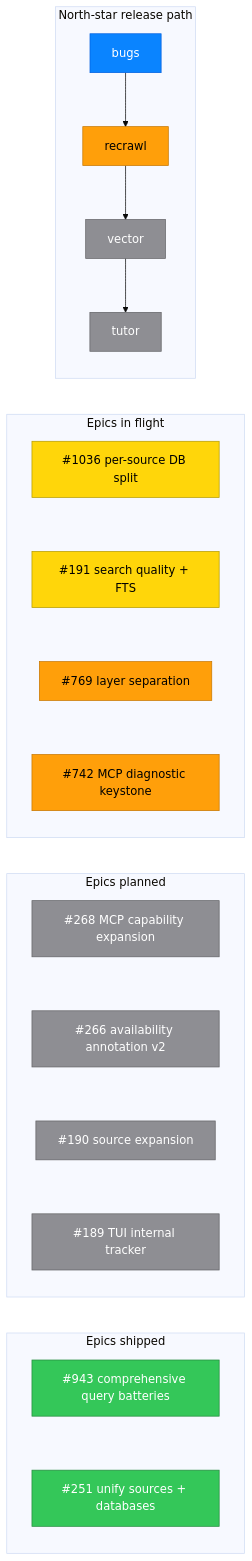
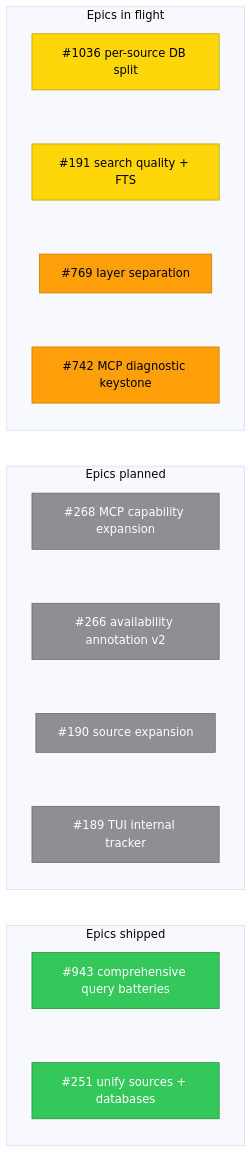
One commit to mihaelamj/cupertino changed the second of 2 diagrams in README.md. Above: the diagram before and after it, drawn with Mermaid (base theme). The commit also changed other lines of this file, not shown here.

Commit message:
docs(readme): add status-color legend diagram, drop north-star path (#1218)

````diff
--- a/README.md
+++ b/README.md
@@ -664,30 +682,25 @@
 ```mermaid
 flowchart TB
   classDef done    fill:#34C759,stroke:#248A3D,color:#ffffff;
   classDef active  fill:#0A84FF,stroke:#0060DF,color:#ffffff;
   classDef next    fill:#FF9F0A,stroke:#C77700,color:#000000;
   classDef partial fill:#FFD60A,stroke:#B59B00,color:#000000;
   classDef todo    fill:#8E8E93,stroke:#636366,color:#ffffff;
-
-  subgraph Path["North-star release path"]
-    direction TB
-    P1["bugs"]:::active --> P2["recrawl"]:::next --> P3["vector"]:::todo --> P4["tutor"]:::todo
-  end
 
   subgraph InFlight["Epics in flight"]
     direction TB
     E1036["#1036 per-source DB split"]:::partial ~~~ E191["#191 search quality + FTS"]:::partial ~~~ E769["#769 layer separation"]:::next ~~~ E742["#742 MCP diagnostic keystone"]:::next
   end
 
   subgraph Planned["Epics planned"]
     direction TB
     E268["#268 MCP capability expansion"]:::todo ~~~ E266["#266 availability annotation v2"]:::todo ~~~ E190["#190 source expansion"]:::todo ~~~ E189["#189 TUI internal tracker"]:::todo
   end
 
   subgraph Shipped["Epics shipped"]
     direction TB
     E943["#943 comprehensive query batteries"]:::done ~~~ E251["#251 unify sources + databases"]:::done
   end
 
-  Path ~~~ InFlight ~~~ Planned ~~~ Shipped
+  InFlight ~~~ Planned ~~~ Shipped
 ```
````
